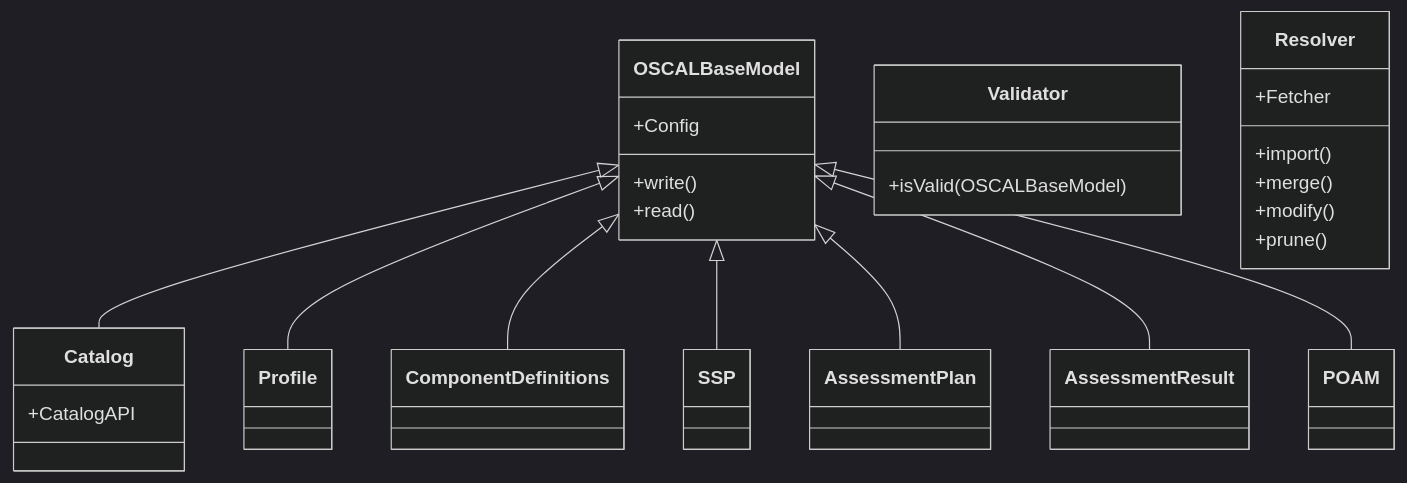
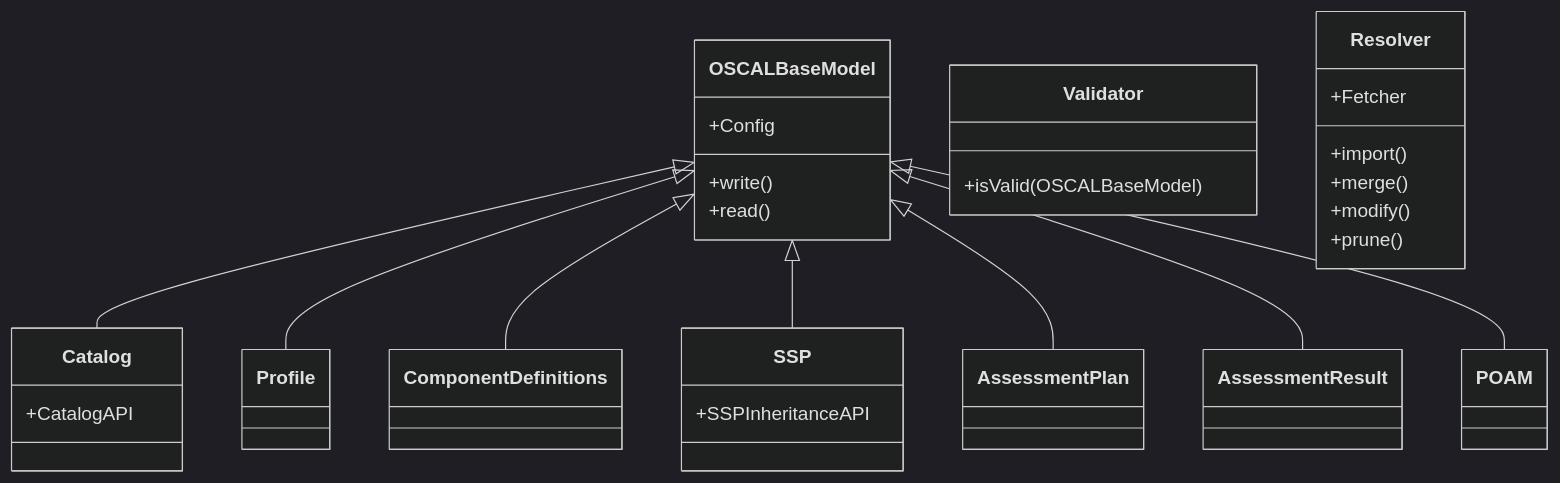
Before and after one commit to oscal-compass/community: the diagram in proposals/trestle-sdk-cli-decoupling.md, drawn with Mermaid (dark theme). The commit also changed other lines of this file, not shown here.

````diff
--- a/proposals/trestle-sdk-cli-decoupling.md
+++ b/proposals/trestle-sdk-cli-decoupling.md
@@ -77,28 +84,31 @@
 ```mermaid
 classDiagram
     OSCALBaseModel <|-- Catalog
     OSCALBaseModel <|-- Profile
     OSCALBaseModel <|-- ComponentDefinitions
     OSCALBaseModel <|-- SSP
     OSCALBaseModel <|-- AssessmentPlan
     OSCALBaseModel <|-- AssessmentResult
     OSCALBaseModel <|-- POAM
     class OSCALBaseModel{
       +Config
       +write()
       +read()
     }
     class Catalog{
       +CatalogAPI
     }
+    class SSP{
+      +SSPInheritanceAPI
+    }
     class Validator{
       +isValid(OSCALBaseModel)
     }
     class Resolver{
       +Fetcher
       +import()
       +merge()
       +modify()
       +prune()
     }
 ```
````
